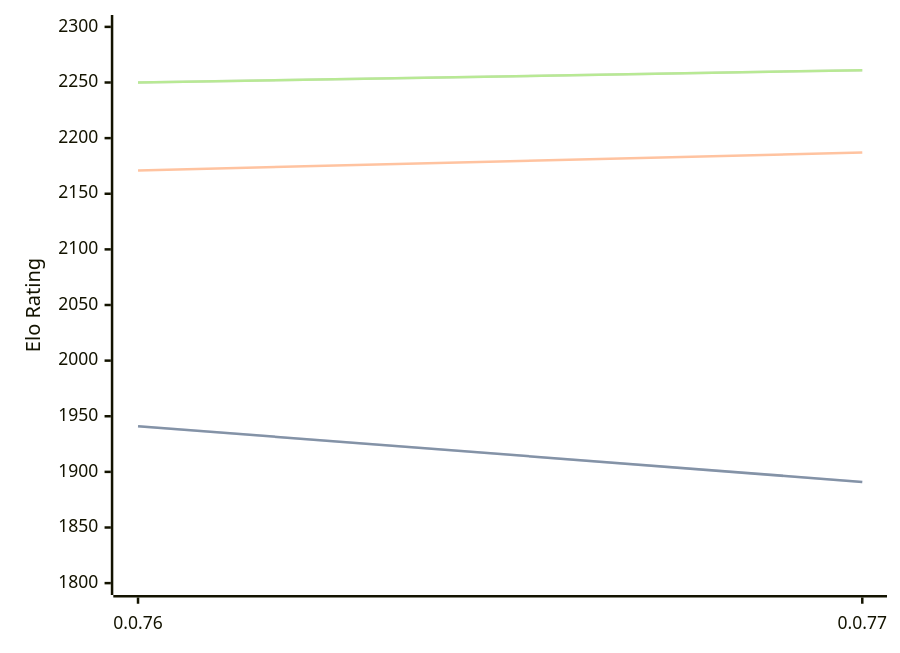
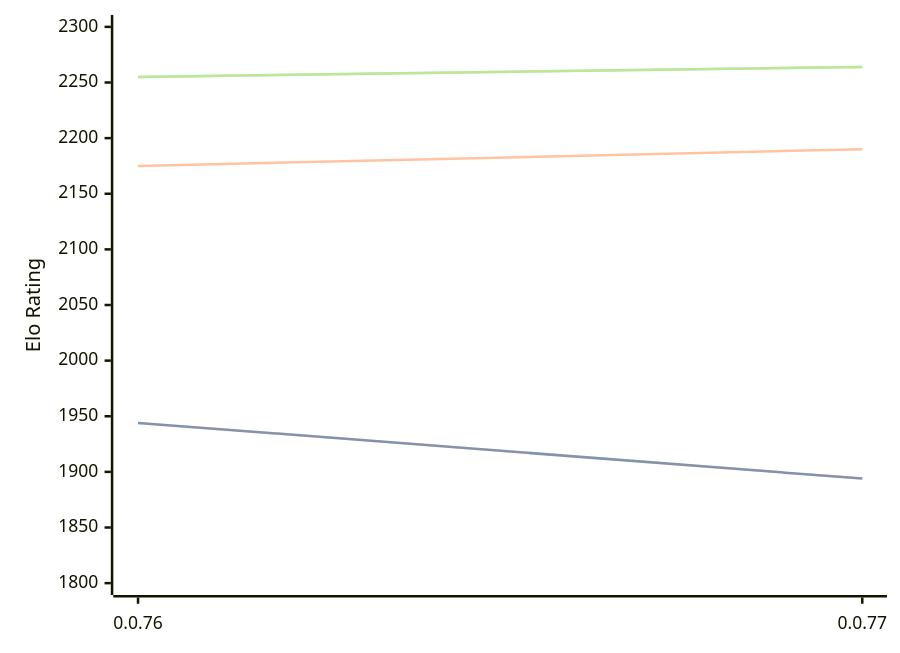
The diagram in engines/Fktb.md (computer-chess-index/cci), drawn with Mermaid before and after one commit. The commit also changed other lines of this file, not shown here.

Commit message:
Update CCI Ratings (ELO VLTC) - 2026-04-30

````diff
--- a/engines/Fktb.md
+++ b/engines/Fktb.md
@@ -32,11 +32,11 @@
 ```mermaid
 %%{init: {"theme":"base","themeVariables":{"seriesColors:['#a3a3a3','#222221','#faa371']}}}%%
 xychart-beta
   x-axis ["0.0.76", "0.0.77"]
   y-axis "Elo Rating" 1800 --> 2300
-  line "STC (8.0+0.08s)" [1941, 1891]
-  line "STC (8.0+0.08s)" [1941, 1891]
-  line "LTC (60.0+0.60s)" [2171, 2187]
-  line "VLTC (2m24s+1.12s)" [2250, 2261]
-  line "VLTC (2m24s+1.12s)" [2250, 2261]
+  line "STC (8.0+0.08s)" [1944, 1894]
+  line "STC (8.0+0.08s)" [1944, 1894]
+  line "LTC (60.0+0.60s)" [2175, 2190]
+  line "VLTC (2m24s+1.12s)" [2255, 2264]
+  line "VLTC (2m24s+1.12s)" [2255, 2264]
 ```
````
